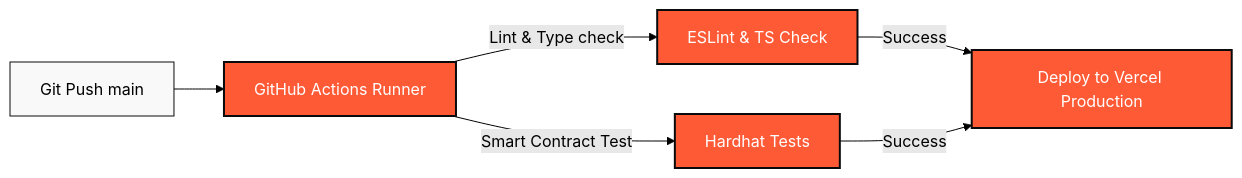
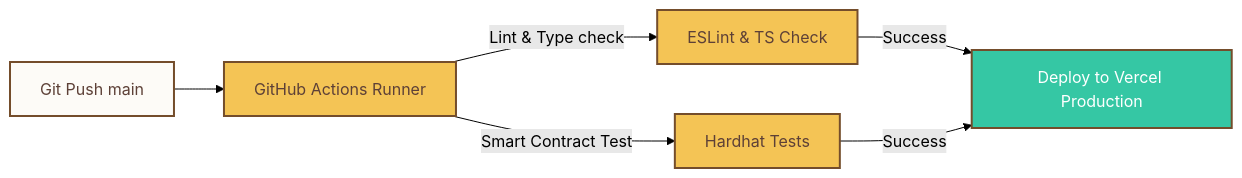
One commit to duongnq2798/AdSplit changed the fourth of 4 diagrams in README.md. Above: the diagram before and after it, drawn with Mermaid (forest theme). The commit also changed other lines of this file and 16 other files, not shown here.

````diff
--- a/README.md
+++ b/README.md
@@ -419,11 +437,12 @@
 ```mermaid
 graph LR
-    classDef git fill:#f9f9f9,stroke:#090A0C,stroke-width:1px;
-    classDef pipeline fill:#FF5A36,stroke:#090A0C,stroke-width:2px,color:#fff;
+    classDef git fill:#FDFBF7,stroke:#744D2B,stroke-width:2px,color:#5D4037;
+    classDef success fill:#35C7A4,stroke:#744D2B,stroke-width:2px,color:#fff;
+    classDef pipeline fill:#F4C455,stroke:#744D2B,stroke-width:2px,color:#5D4037;
     
     A[Git Push main]:::git --> B[GitHub Actions Runner]:::pipeline
     B -->|Lint & Type check| C[ESLint & TS Check]:::pipeline
     B -->|Smart Contract Test| D[Hardhat Tests]:::pipeline
-    C -->|Success| E[Deploy to Vercel Production]:::pipeline
+    C -->|Success| E[Deploy to Vercel Production]:::success
     D -->|Success| E
 ```
````
